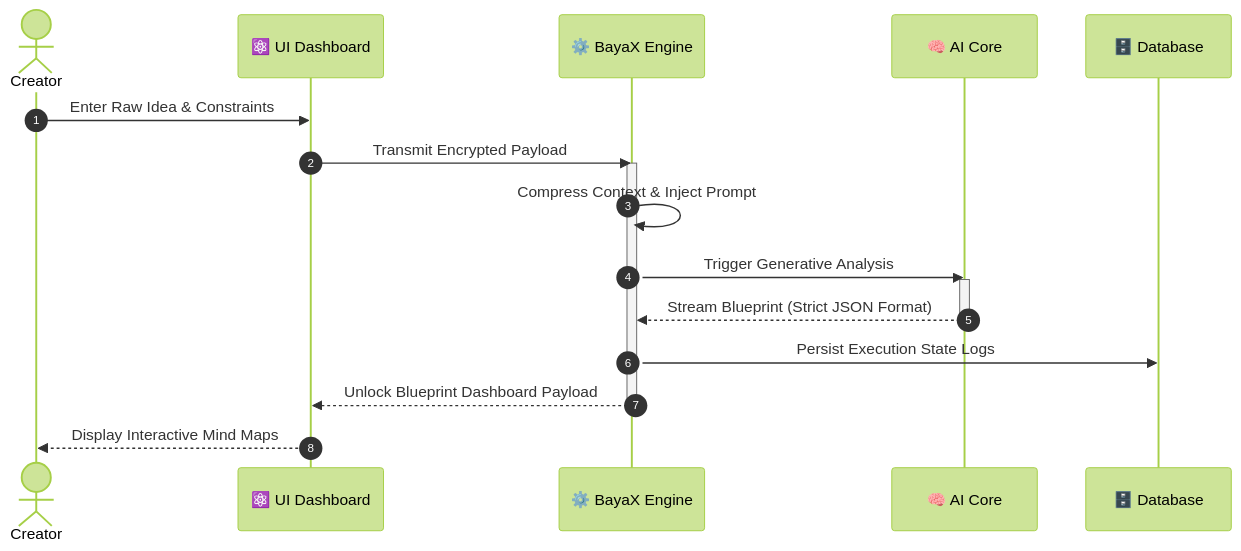
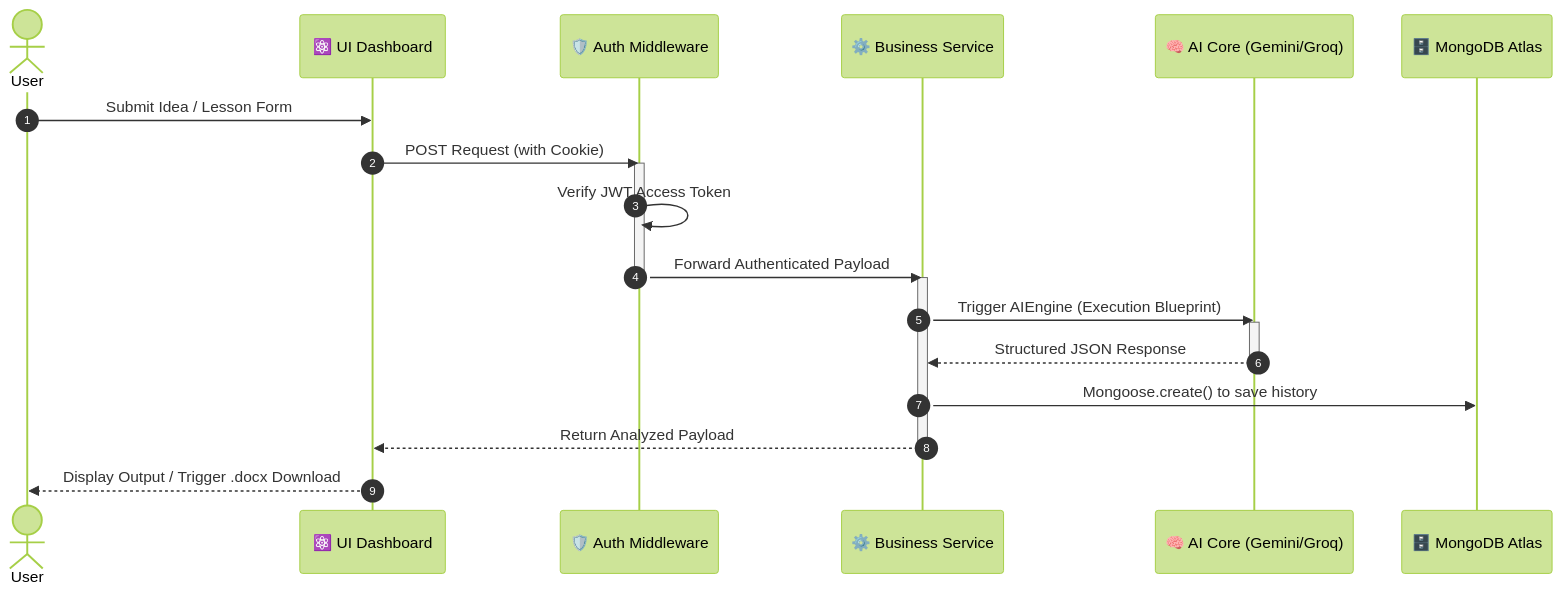
One commit to lokibanna/bayax changed the second of 2 diagrams in README.md. Above: the diagram before and after it, drawn with Mermaid (forest theme). The commit also changed other lines of this file, not shown here.

````diff
--- a/README.md
+++ b/README.md
@@ -95,22 +137,26 @@
 ```mermaid
 sequenceDiagram
     autonumber
-    actor Creator
+    actor User
     participant Frontend as ⚛️ UI Dashboard
-    participant API as ⚙️ BayaX Engine
-    participant AI as 🧠 AI Core
-    participant DB as 🗄️ Database
+    participant Middle as 🛡️ Auth Middleware
+    participant Service as ⚙️ Business Service
+    participant AI as 🧠 AI Core (Gemini/Groq)
+    participant DB as 🗄️ MongoDB Atlas
 
-    Creator->>Frontend: Enter Raw Idea & Constraints
-    Frontend->>API: Transmit Encrypted Payload
-    activate API
-    API->>API: Compress Context & Inject Prompt
-    API->>AI: Trigger Generative Analysis
+    User->>Frontend: Submit Idea / Lesson Form
+    Frontend->>Middle: POST Request (with Cookie)
+    activate Middle
+    Middle->>Middle: Verify JWT Access Token
+    Middle->>Service: Forward Authenticated Payload
+    deactivate Middle
+    activate Service
+    Service->>AI: Trigger AIEngine (Execution Blueprint)
     activate AI
-    AI-->>API: Stream Blueprint (Strict JSON Format)
+    AI-->>Service: Structured JSON Response
     deactivate AI
-    API->>DB: Persist Execution State Logs
-    API-->>Frontend: Unlock Blueprint Dashboard Payload
-    deactivate API
-    Frontend-->>Creator: Display Interactive Mind Maps
+    Service->>DB: Mongoose.create() to save history
+    Service-->>Frontend: Return Analyzed Payload
+    deactivate Service
+    Frontend-->>User: Display Output / Trigger .docx Download
 ```
````
